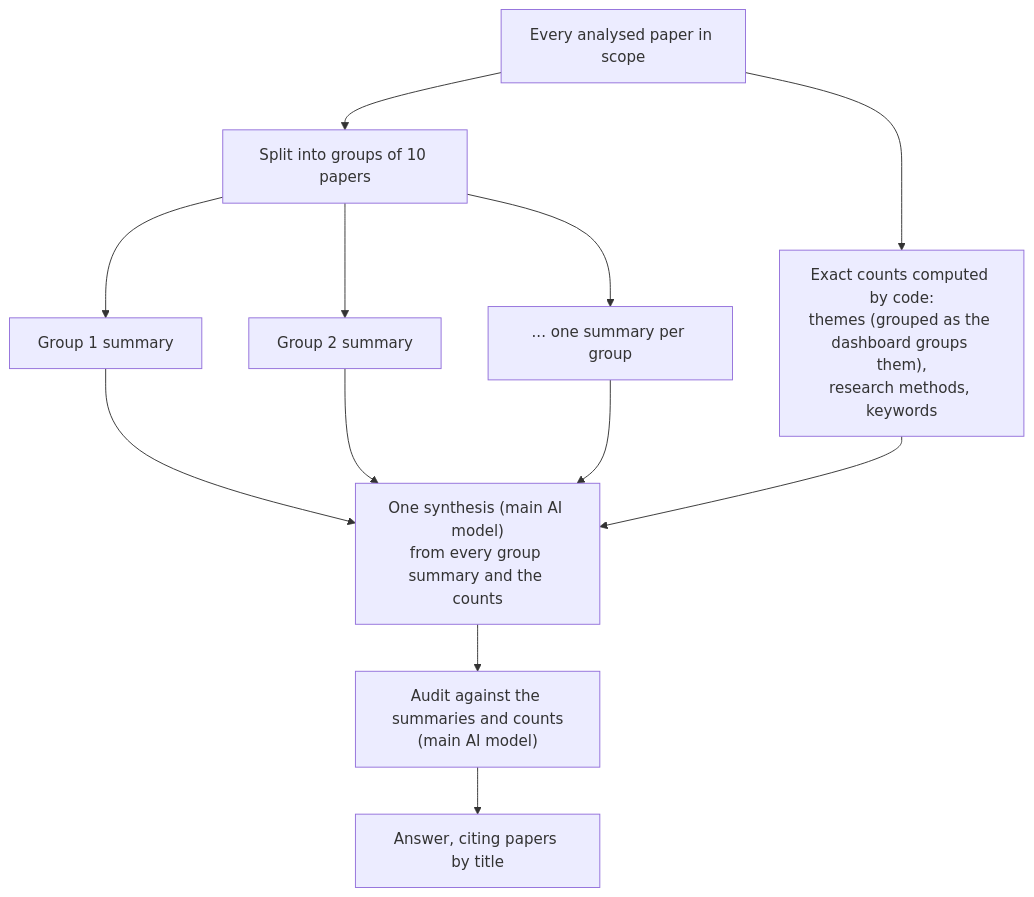
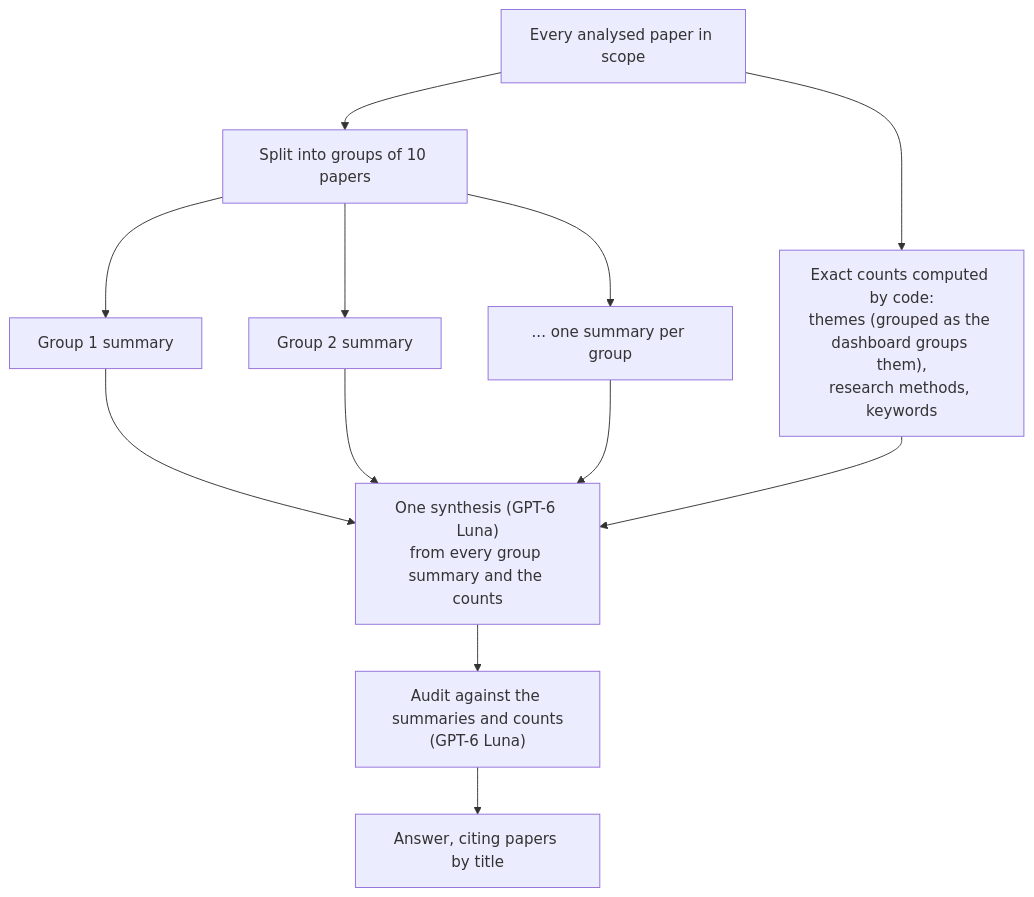
One commit to LLM-Project2005/papertrend_extractor_LLM changed the fifth of 7 diagrams in docs/33-chat-architecture.md. Above: the diagram before and after it, drawn with Mermaid. The commit also changed other lines of this file and 15 other files, not shown here.

First line of the commit message:
feat(chat): GPT-6 Luna everywhere GPT-5.6 Luna ran, and for the planner (docs/34)

````diff
--- a/docs/33-chat-architecture.md
+++ b/docs/33-chat-architecture.md
@@ -134,12 +134,12 @@
 ```mermaid
 flowchart TD
     A["Every analysed paper in scope"] --> B["Split into groups of 10 papers"]
     B --> C1["Group 1 summary"]
     B --> C2["Group 2 summary"]
     B --> C3["... one summary per group"]
     A --> D["Exact counts computed by code:<br/>themes (grouped as the dashboard groups them),<br/>research methods, keywords"]
-    C1 & C2 & C3 --> E["One synthesis (main AI model)<br/>from every group summary and the counts"]
+    C1 & C2 & C3 --> E["One synthesis (GPT-6 Luna)<br/>from every group summary and the counts"]
     D --> E
-    E --> F["Audit against the summaries and counts<br/>(main AI model)"]
+    E --> F["Audit against the summaries and counts<br/>(GPT-6 Luna)"]
     F --> G["Answer, citing papers by title"]
 ```
````
